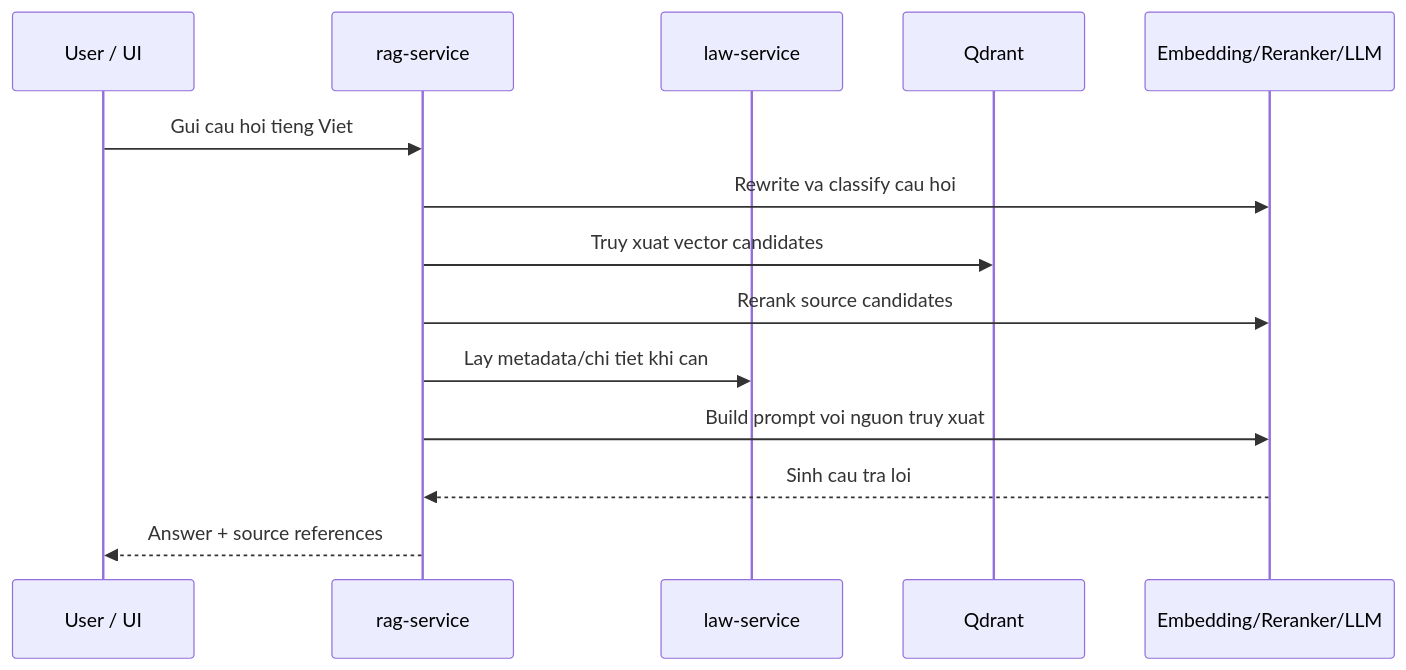
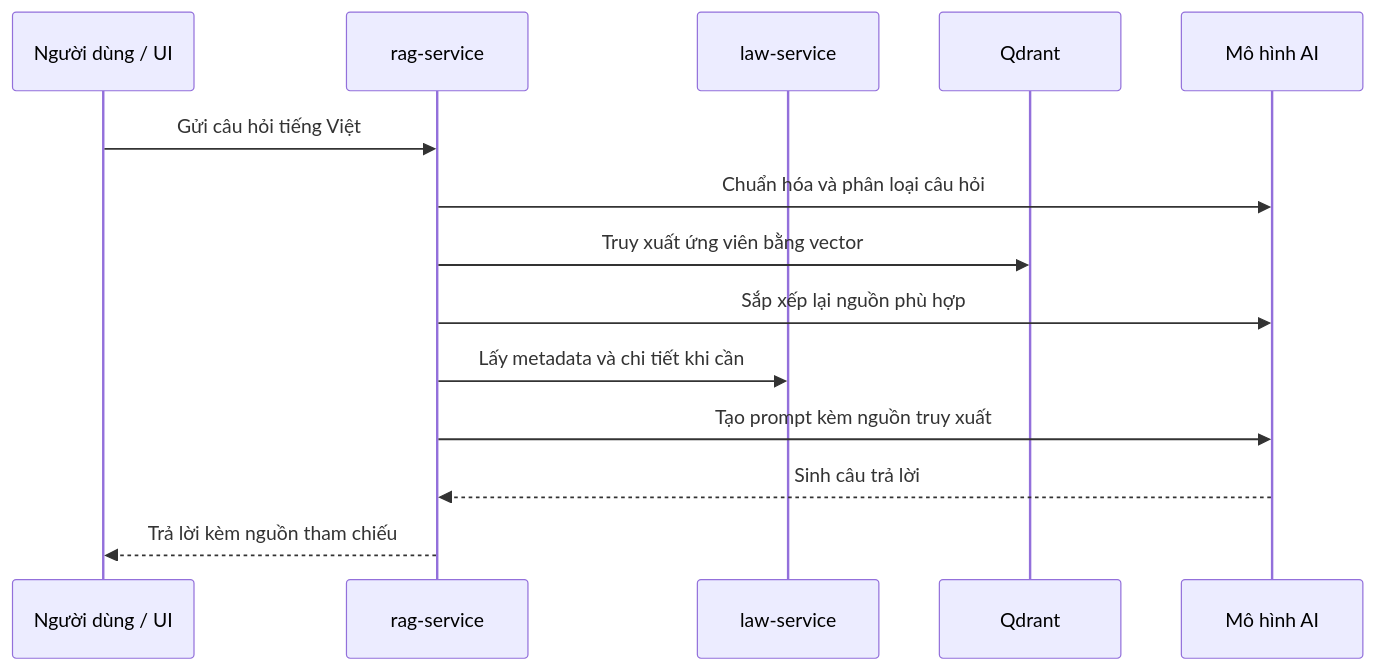
One commit to LeHoangAnh-self/Law-Assistant changed the third of 3 diagrams in README.md. Above: the diagram before and after it, drawn with Mermaid. The commit also changed other lines of this file and 33 other files, not shown here.

````diff
--- a/README.md
+++ b/README.md
@@ -144,17 +158,17 @@
 ```mermaid
 sequenceDiagram
-    participant U as User / UI
+    participant U as Người dùng / UI
     participant R as rag-service
     participant L as law-service
     participant Q as Qdrant
-    participant M as Embedding/Reranker/LLM
+    participant M as Mô hình AI
 
-    U->>R: Gui cau hoi tieng Viet
-    R->>M: Rewrite va classify cau hoi
-    R->>Q: Truy xuat vector candidates
-    R->>M: Rerank source candidates
-    R->>L: Lay metadata/chi tiet khi can
-    R->>M: Build prompt voi nguon truy xuat
-    M-->>R: Sinh cau tra loi
-    R-->>U: Answer + source references
+    U->>R: Gửi câu hỏi tiếng Việt
+    R->>M: Chuẩn hóa và phân loại câu hỏi
+    R->>Q: Truy xuất ứng viên bằng vector
+    R->>M: Sắp xếp lại nguồn phù hợp
+    R->>L: Lấy metadata và chi tiết khi cần
+    R->>M: Tạo prompt kèm nguồn truy xuất
+    M-->>R: Sinh câu trả lời
+    R-->>U: Trả lời kèm nguồn tham chiếu
 ```
````
